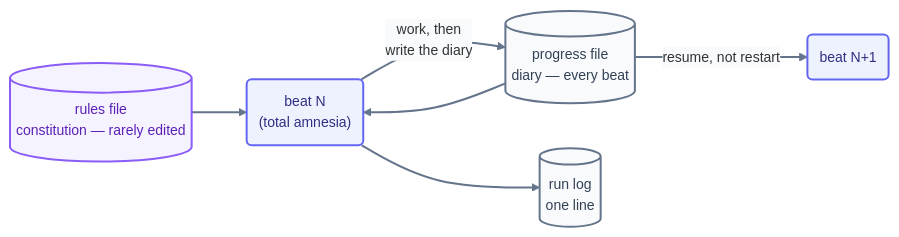
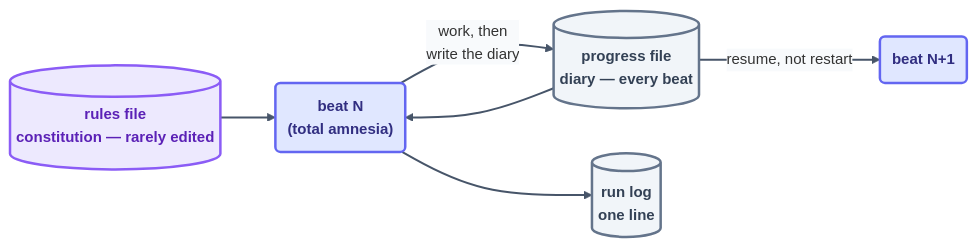
One commit to ayeshakhalid192007-dev/LoopEngineering-CrashCourse changed the second of 2 diagrams in docs/06-part-4-the-spine/12-state-between-runs.md. Above: the diagram before and after it, drawn with Mermaid. The commit also changed other lines of this file and 66 other files, not shown here.

First line of the commit message:
docs(diagrams): visibly bolder pass — deeper fills, heavier strokes, semibold labels

````diff
--- a/docs/06-part-4-the-spine/12-state-between-runs.md
+++ b/docs/06-part-4-the-spine/12-state-between-runs.md
@@ -57,13 +57,13 @@
 ```mermaid
-%%{init: {'theme':'base','themeVariables':{'fontFamily':'ui-sans-serif, system-ui, sans-serif','fontSize':'14px','lineColor':'#64748b','edgeLabelBackground':'#f8fafc'},'flowchart':{'curve':'basis','nodeSpacing':45,'rankSpacing':55,'padding':12}}}%%
+%%{init: {'theme':'base','themeVariables':{'fontFamily':'ui-sans-serif, system-ui, sans-serif','fontSize':'15px','lineColor':'#475569','edgeLabelBackground':'#f8fafc'},'flowchart':{'curve':'basis','nodeSpacing':45,'rankSpacing':55,'padding':12}}}%%
 flowchart LR
     RF[("rules file<br/>constitution — rarely edited")]:::cfg --> B("beat N<br/>(total amnesia)"):::beat
     SP[("progress file<br/>diary — every beat")]:::file --> B
     B -->|"work, then<br/>write the diary"| SP
     B --> LOG[("run log<br/>one line")]:::file
     SP ==>|"resume, not restart"| B2("beat N+1"):::beat
-    linkStyle default stroke:#64748b,stroke-width:2px;
-    classDef cfg fill:#f5f3ff,stroke:#8b5cf6,stroke-width:2px,color:#5b21b6;
-    classDef beat fill:#eef2ff,stroke:#6366f1,stroke-width:2px,color:#312e81;
-    classDef file fill:#f8fafc,stroke:#64748b,stroke-width:2px,color:#334155;
+    linkStyle default stroke:#475569,stroke-width:2px;
+    classDef cfg fill:#ede9fe,stroke:#8b5cf6,stroke-width:2.5px,color:#5b21b6,font-weight:600;
+    classDef beat fill:#e0e7ff,stroke:#6366f1,stroke-width:2.5px,color:#312e81,font-weight:600;
+    classDef file fill:#f1f5f9,stroke:#64748b,stroke-width:2.5px,color:#334155,font-weight:600;
 ```
````
